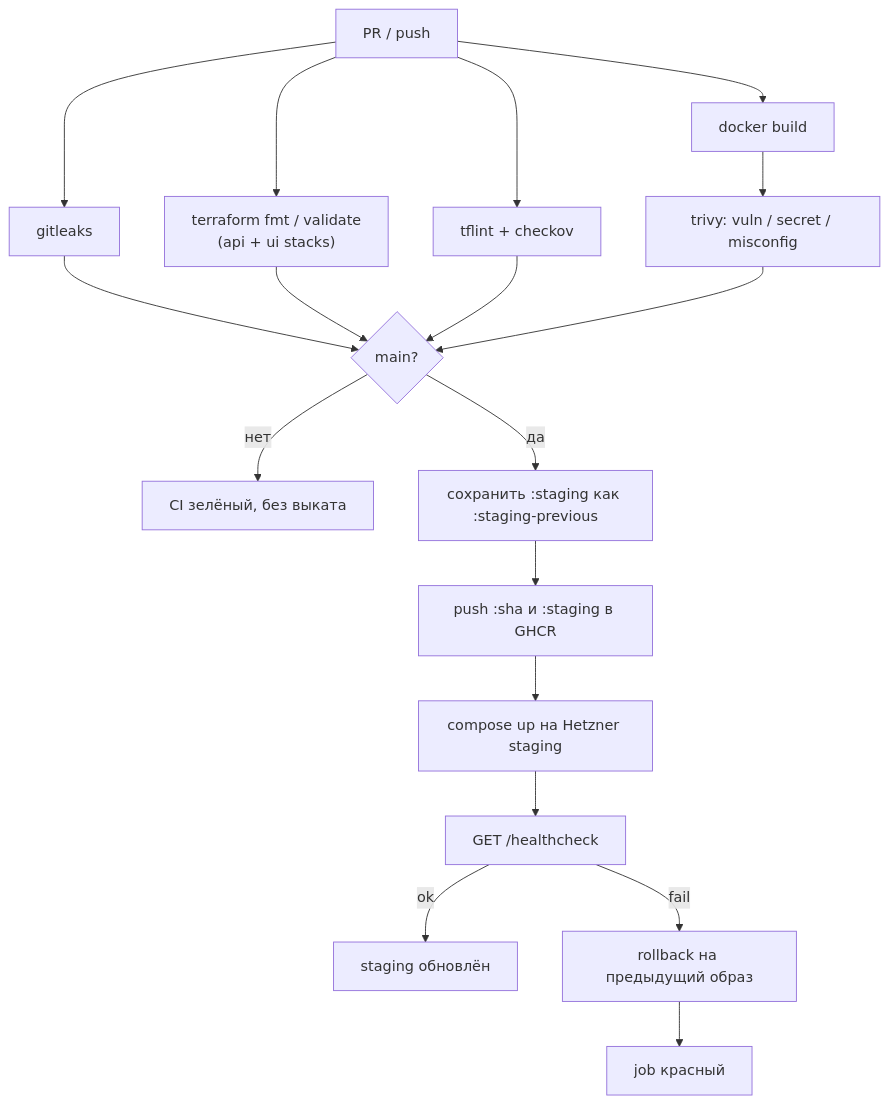
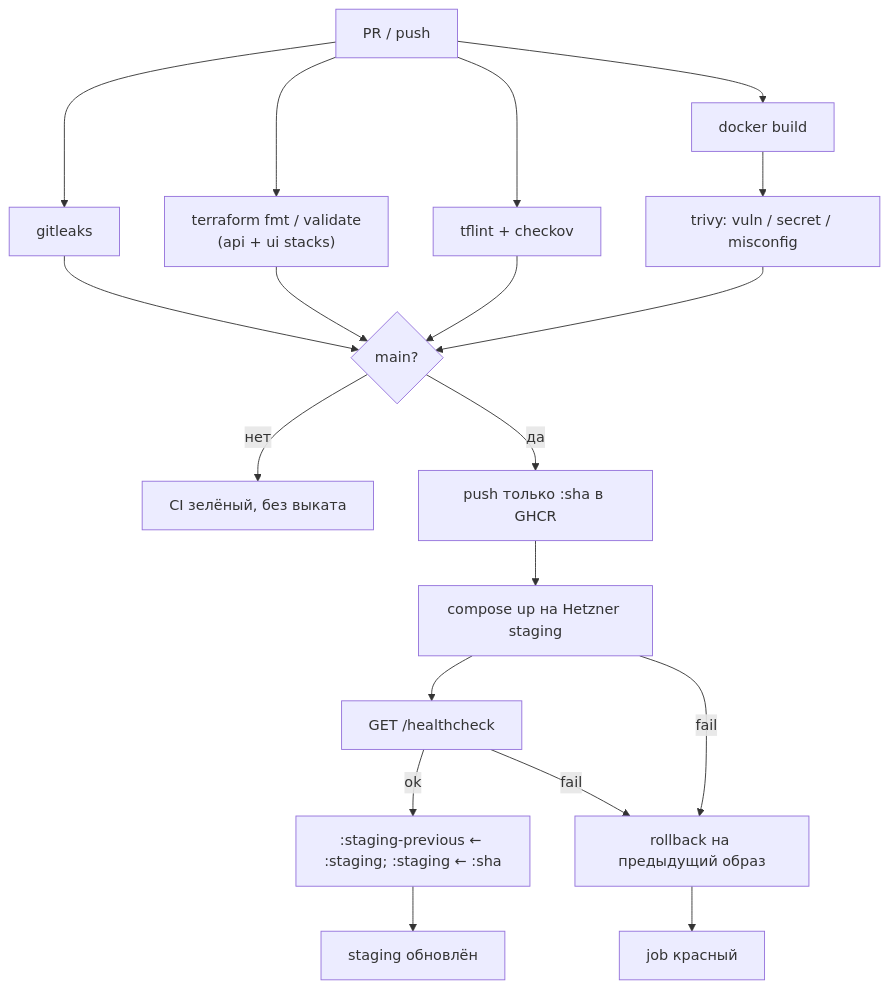
The diagram in docs/CICD.md (larchanka-training/dmc-268-api-t6), drawn with Mermaid before and after one commit. The commit also changed other lines of this file and 12 other files, not shown here.

First line of the commit message:
Address PR review feedback on staging deploy safety and reproducibility.

````diff
--- a/docs/CICD.md
+++ b/docs/CICD.md
@@ -15,20 +15,21 @@
 ```mermaid
 flowchart TD
   pr["PR / push"] --> secrets["gitleaks"]
   pr --> tf["terraform fmt / validate\n(api + ui stacks)"]
   pr --> lint["tflint + checkov"]
   pr --> build["docker build"]
   build --> scan["trivy: vuln / secret / misconfig"]
   secrets --> gate{"main?"}
   tf --> gate
   lint --> gate
   scan --> gate
   gate -->|нет| stop["CI зелёный, без выката"]
-  gate -->|да| prev["сохранить :staging как :staging-previous"]
-  prev --> push["push :sha и :staging в GHCR"]
+  gate -->|да| push["push только :sha в GHCR"]
   push --> deploy["compose up на Hetzner staging"]
   deploy --> health["GET /healthcheck"]
-  health -->|ok| done["staging обновлён"]
+  health -->|ok| promote[":staging-previous ← :staging; :staging ← :sha"]
+  promote --> done["staging обновлён"]
   health -->|fail| rb["rollback на предыдущий образ"]
+  deploy -->|fail| rb
   rb --> fail["job красный"]
 ```
````
